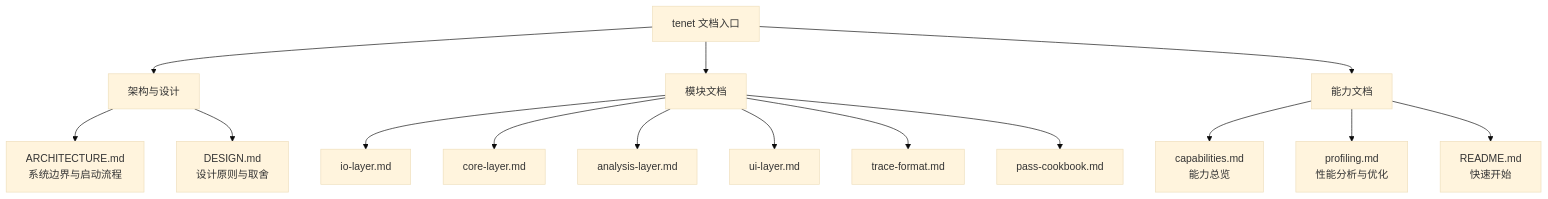
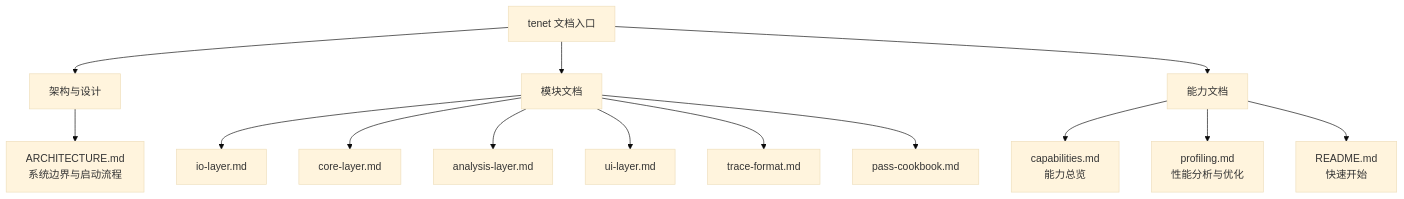
One commit to fuckreverse/retrace changed the diagram in slowmo/docs/README.md. Above: the diagram before and after it, drawn with Mermaid (base theme). The commit also changed other lines of this file and 5 other files, not shown here.

````diff
--- a/slowmo/docs/README.md
+++ b/slowmo/docs/README.md
@@ -8,20 +8,19 @@
 ```mermaid
 flowchart TD
     A[tenet 文档入口] --> B[架构与设计]
     A --> C[模块文档]
     A --> D[能力文档]
 
     B --> B1[ARCHITECTURE.md\n系统边界与启动流程]
-    B --> B2[DESIGN.md\n设计原则与取舍]
 
     C --> C1[io-layer.md]
     C --> C2[core-layer.md]
     C --> C3[analysis-layer.md]
     C --> C4[ui-layer.md]
     C --> C5[trace-format.md]
     C --> C6[pass-cookbook.md]
 
     D --> D1[capabilities.md\n能力总览]
     D --> D2[profiling.md\n性能分析与优化]
     D --> D3[README.md\n快速开始]
 ```
````
